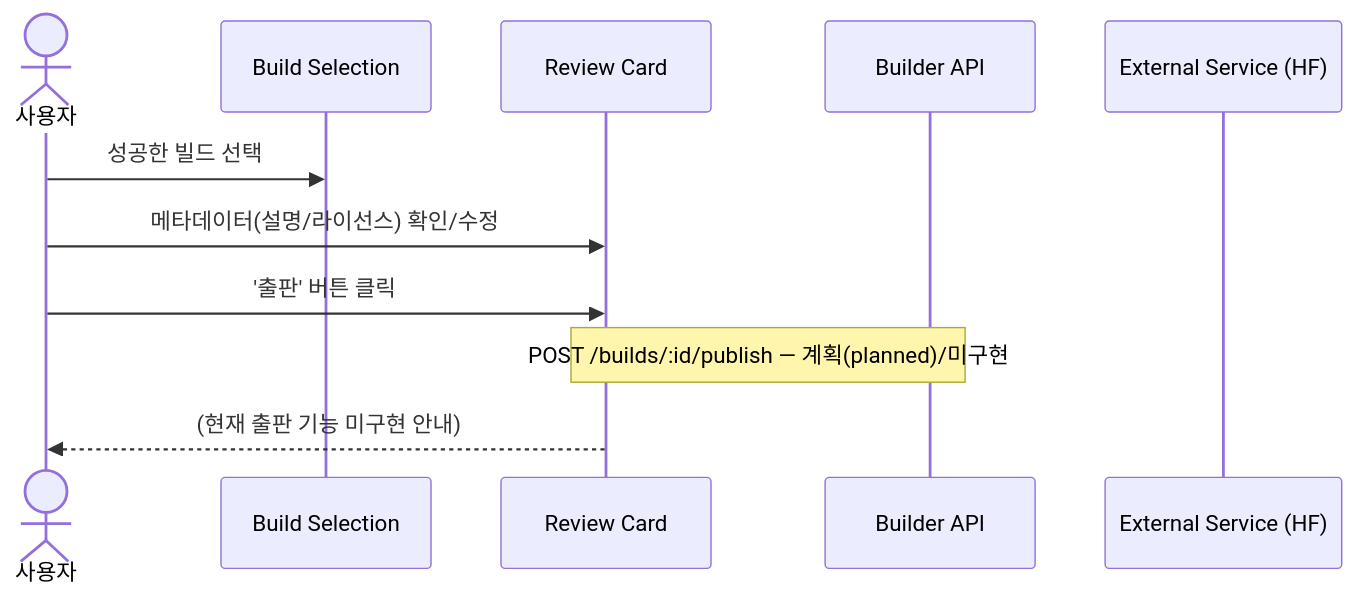
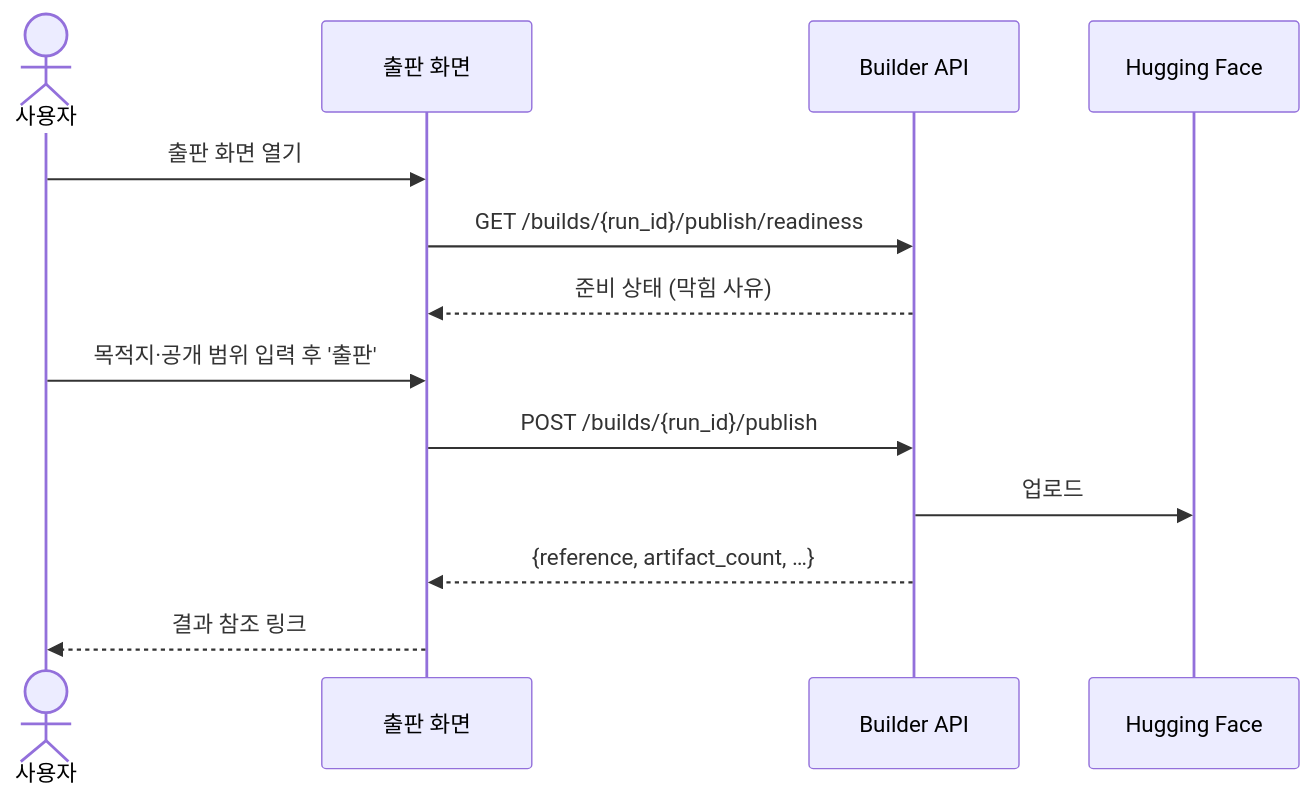
Before and after one commit to kpubdata-lab/kpubdata-studio: the third of 7 diagrams in USER_FLOWS.md, drawn with Mermaid. The commit also changed other lines of this file and 9 other files, not shown here.

````diff
--- a/USER_FLOWS.md
+++ b/USER_FLOWS.md
@@ -107,14 +105,16 @@
 ```mermaid
 sequenceDiagram
     actor User as 사용자
-    participant Select as Build Selection
-    participant Review as Review Card
+    participant Page as 출판 화면
     participant BAPI as Builder API
-    participant Ext as External Service (HF)
+    participant Ext as Hugging Face
 
-    User->>Select: 성공한 빌드 선택
-    User->>Review: 메타데이터(설명/라이선스) 확인/수정
-    User->>Review: '출판' 버튼 클릭
-    Note over Review,BAPI: POST /builds/:id/publish — 계획(planned)/미구현
-    Review-->>User: (현재 출판 기능 미구현 안내)
+    User->>Page: 출판 화면 열기
+    Page->>BAPI: GET /builds/{run_id}/publish/readiness
+    BAPI-->>Page: 준비 상태 (막힘 사유)
+    User->>Page: 목적지·공개 범위 입력 후 '출판'
+    Page->>BAPI: POST /builds/{run_id}/publish
+    BAPI->>Ext: 업로드
+    BAPI-->>Page: {reference, artifact_count, …}
+    Page-->>User: 결과 참조 링크
 ```
````
